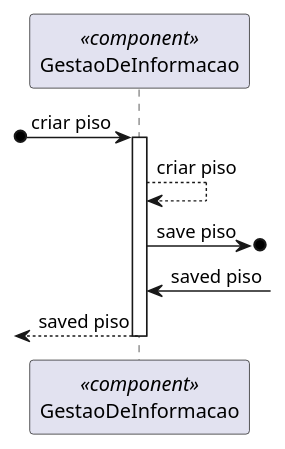
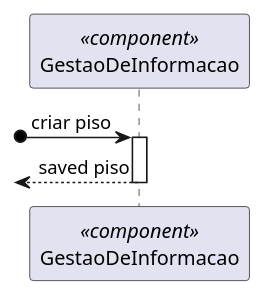
The diagram in docs/US180/Nivel2VistaProcessos.puml (rpeir/LAPR5), drawn with PlantUML before and after one commit. The commit also changed 5 other files, not shown here.

```diff
--- a/docs/US180/Nivel2VistaProcessos.puml
+++ b/docs/US180/Nivel2VistaProcessos.puml
@@ -1,20 +1,17 @@
 @startuml
 
 
 
 participant GestaoDeInformacao <<component>> 
 
 
 
 ?o-> GestaoDeInformacao : criar piso
 activate GestaoDeInformacao
-GestaoDeInformacao --> GestaoDeInformacao: criar piso
 
-GestaoDeInformacao ->o] : save piso
-]-> GestaoDeInformacao : saved piso
 
 ?<-- GestaoDeInformacao  : saved piso
 deactivate GestaoDeInformacao
 
 
 @enduml
```
